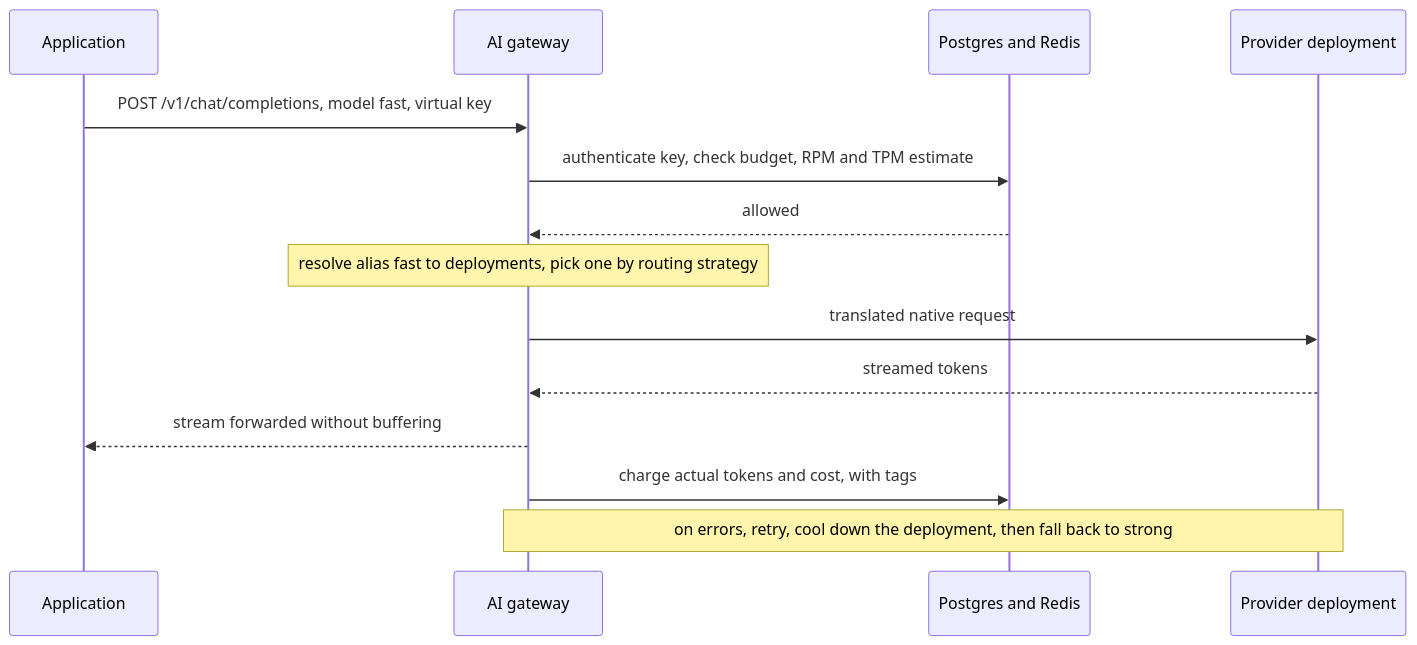
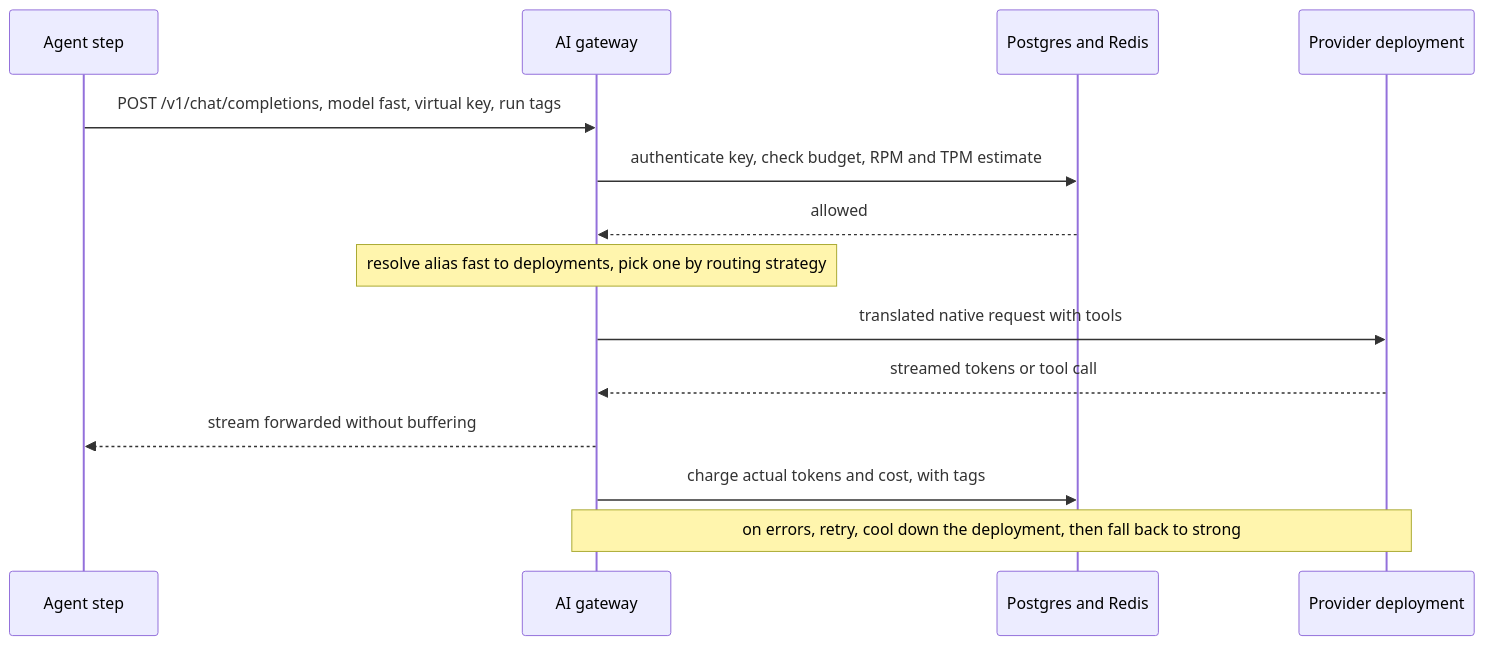
One commit to lovishmahajan97/agentic-learning changed the diagram in content/system-design/ai-gateway.md. Above: the diagram before and after it, drawn with Mermaid. The commit also changed other lines of this file and 266 other files, not shown here.

````diff
--- a/content/system-design/ai-gateway.md
+++ b/content/system-design/ai-gateway.md
@@ -136,16 +161,16 @@
 ```mermaid
 sequenceDiagram
-    participant App as Application
+    participant App as Agent step
     participant GW as AI gateway
     participant ST as Postgres and Redis
     participant P as Provider deployment
-    App->>GW: POST /v1/chat/completions, model fast, virtual key
+    App->>GW: POST /v1/chat/completions, model fast, virtual key, run tags
     GW->>ST: authenticate key, check budget, RPM and TPM estimate
     ST-->>GW: allowed
     Note over GW: resolve alias fast to deployments, pick one by routing strategy
-    GW->>P: translated native request
-    P-->>GW: streamed tokens
+    GW->>P: translated native request with tools
+    P-->>GW: streamed tokens or tool call
     GW-->>App: stream forwarded without buffering
     GW->>ST: charge actual tokens and cost, with tags
     Note over GW,P: on errors, retry, cool down the deployment, then fall back to strong
 ```
````
